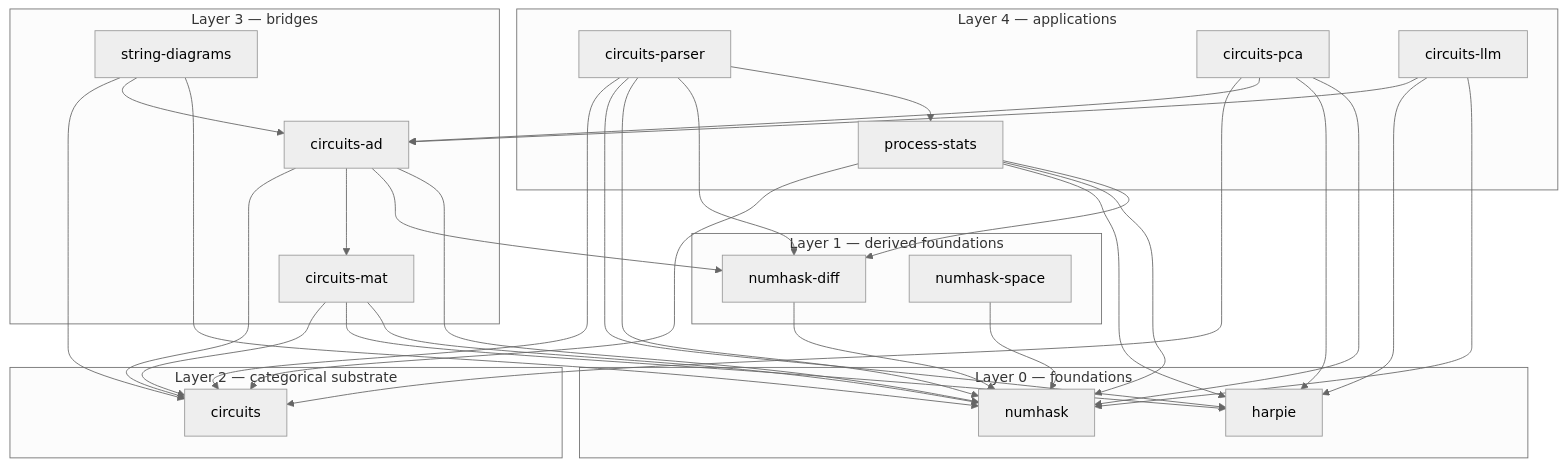
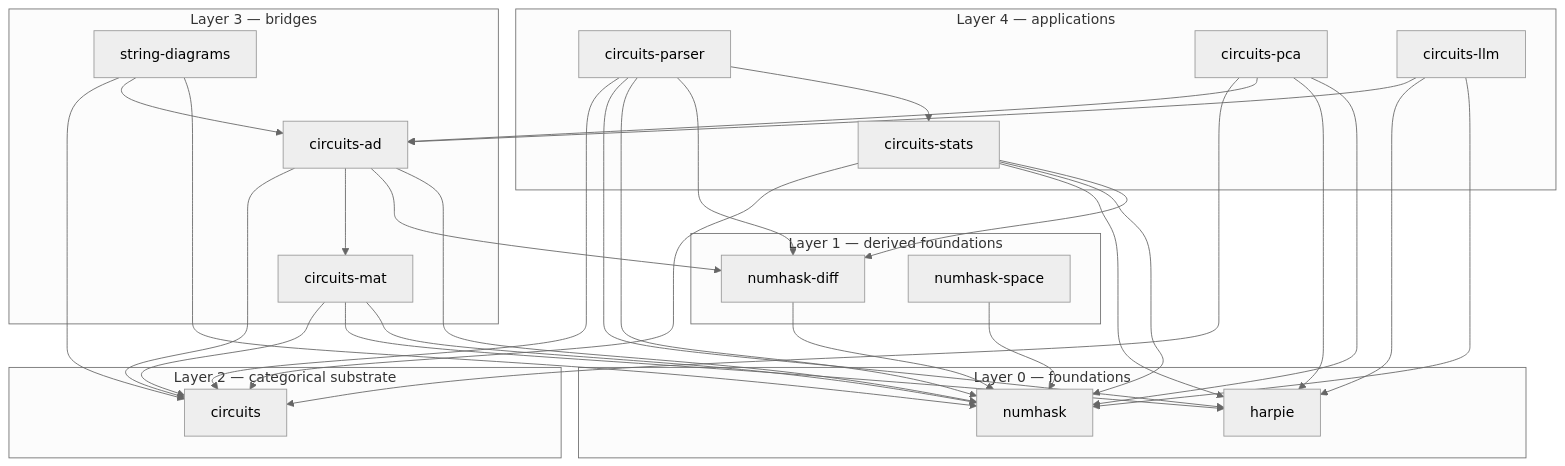
The diagram in readme.md (tonyday567/circuits-substrate), drawn with Mermaid (neutral theme) before and after one commit. The commit also changed other lines of this file and 4 other files, not shown here.

Commit message:
rename: process-stats -> circuits-stats

````diff
--- a/readme.md
+++ b/readme.md
@@ -35,65 +35,65 @@
 ```mermaid
 graph TD
     subgraph "Layer 0 — foundations"
         NH["numhask"]
         H["harpie"]
     end
 
     subgraph "Layer 1 — derived foundations"
         NHD["numhask-diff"]
         NHS["numhask-space"]
     end
 
     subgraph "Layer 2 — categorical substrate"
         C["circuits"]
     end
 
     subgraph "Layer 3 — bridges"
         CAD["circuits-ad"]
         CM["circuits-mat"]
         SD["string-diagrams"]
     end
 
     subgraph "Layer 4 — applications"
-        PS["process-stats"]
+        PS["circuits-stats"]
         CPAR["circuits-parser"]
         CPA["circuits-pca"]
         CLLM["circuits-llm"]
     end
 
     NHD --> NH
     NHS --> NH
 
     CM --> C
     CM --> H
     CM --> NH
 
     CAD --> C
     CAD --> CM
     CAD --> NHD
     CAD --> NH
 
     SD --> C
     SD --> CAD
     SD --> NH
 
     PS --> C
     PS --> H
     PS --> NH
     PS --> NHD
 
     CPAR --> C
     CPAR --> H
     CPAR --> NH
     CPAR --> NHD
     CPAR --> PS
 
     CPA --> C
     CPA --> CAD
     CPA --> H
     CPA --> NH
 
     CLLM --> CAD
     CLLM --> H
     CLLM --> NH
 ```
````
